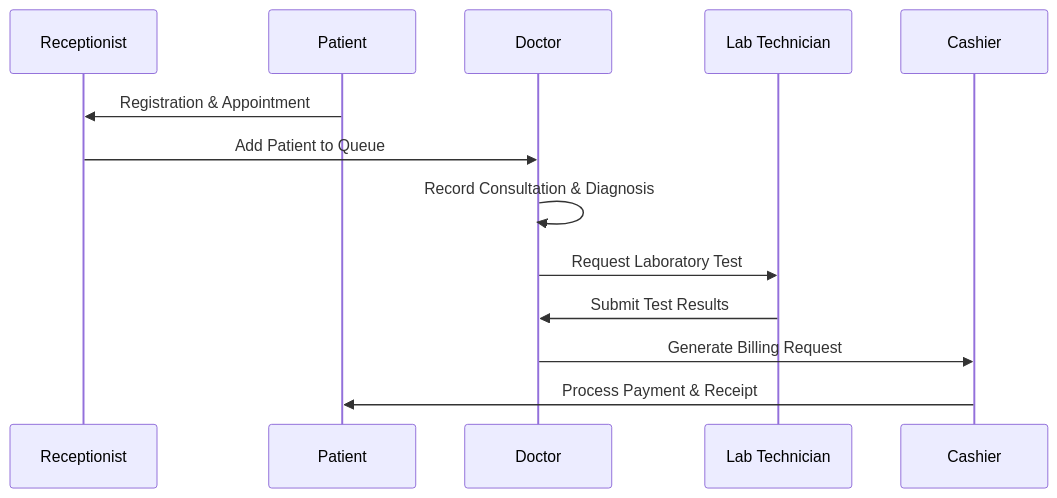
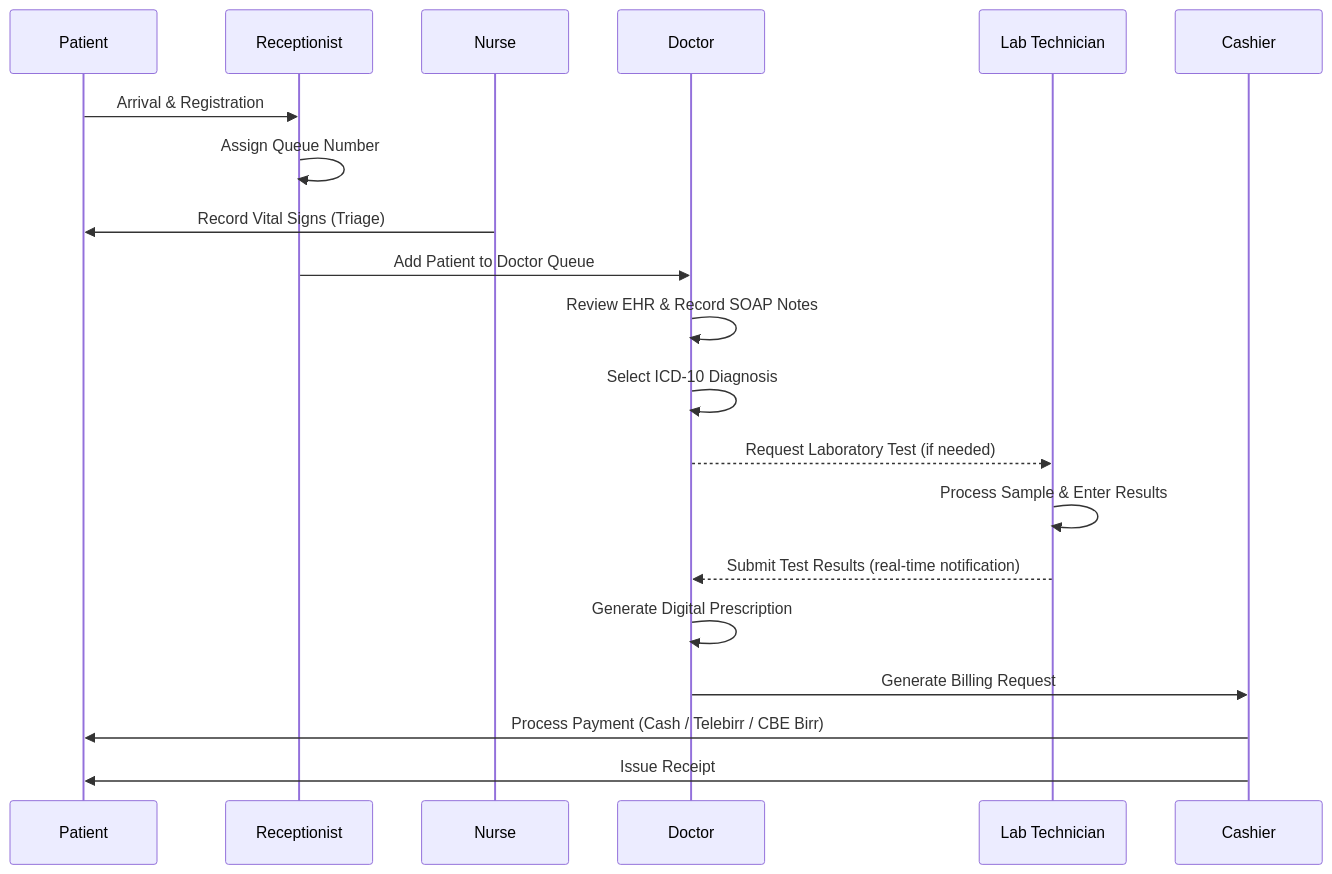
One commit to Mistire/Lunara changed the second of 2 diagrams in README.md. Above: the diagram before and after it, drawn with Mermaid. The commit also changed other lines of this file and 6 other files, not shown here.

````diff
--- a/README.md
+++ b/README.md
@@ -218,17 +236,23 @@
 ```mermaid
 sequenceDiagram
-
+    participant P as Patient
     participant R as Receptionist
-    participant P as Patient
+    participant N as Nurse
     participant D as Doctor
     participant L as Lab Technician
     participant C as Cashier
 
-    P->>R: Registration & Appointment
-    R->>D: Add Patient to Queue
-    D->>D: Record Consultation & Diagnosis
-    D->>L: Request Laboratory Test
-    L->>D: Submit Test Results
+    P->>R: Arrival & Registration
+    R->>R: Assign Queue Number
+    N->>P: Record Vital Signs (Triage)
+    R->>D: Add Patient to Doctor Queue
+    D->>D: Review EHR & Record SOAP Notes
+    D->>D: Select ICD-10 Diagnosis
+    D-->>L: Request Laboratory Test (if needed)
+    L->>L: Process Sample & Enter Results
+    L-->>D: Submit Test Results (real-time notification)
+    D->>D: Generate Digital Prescription
     D->>C: Generate Billing Request
-    C->>P: Process Payment & Receipt
+    C->>P: Process Payment (Cash / Telebirr / CBE Birr)
+    C->>P: Issue Receipt
 ```
````
